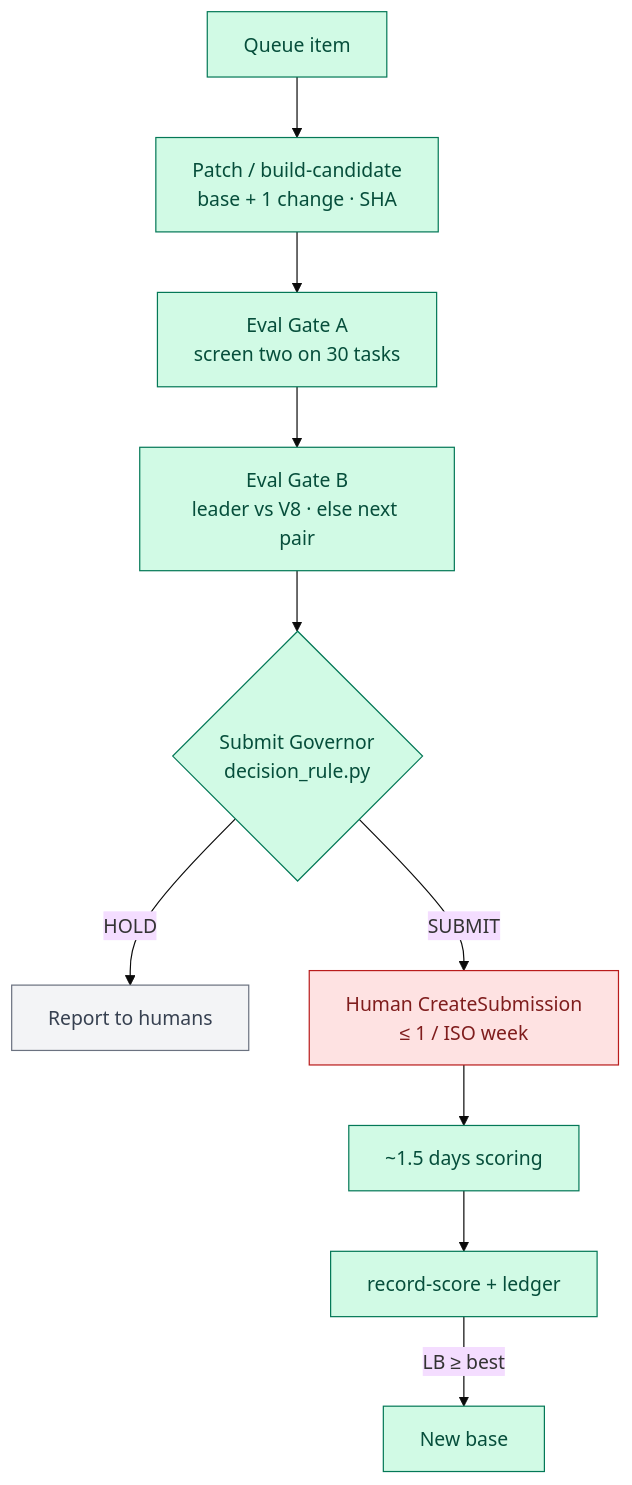
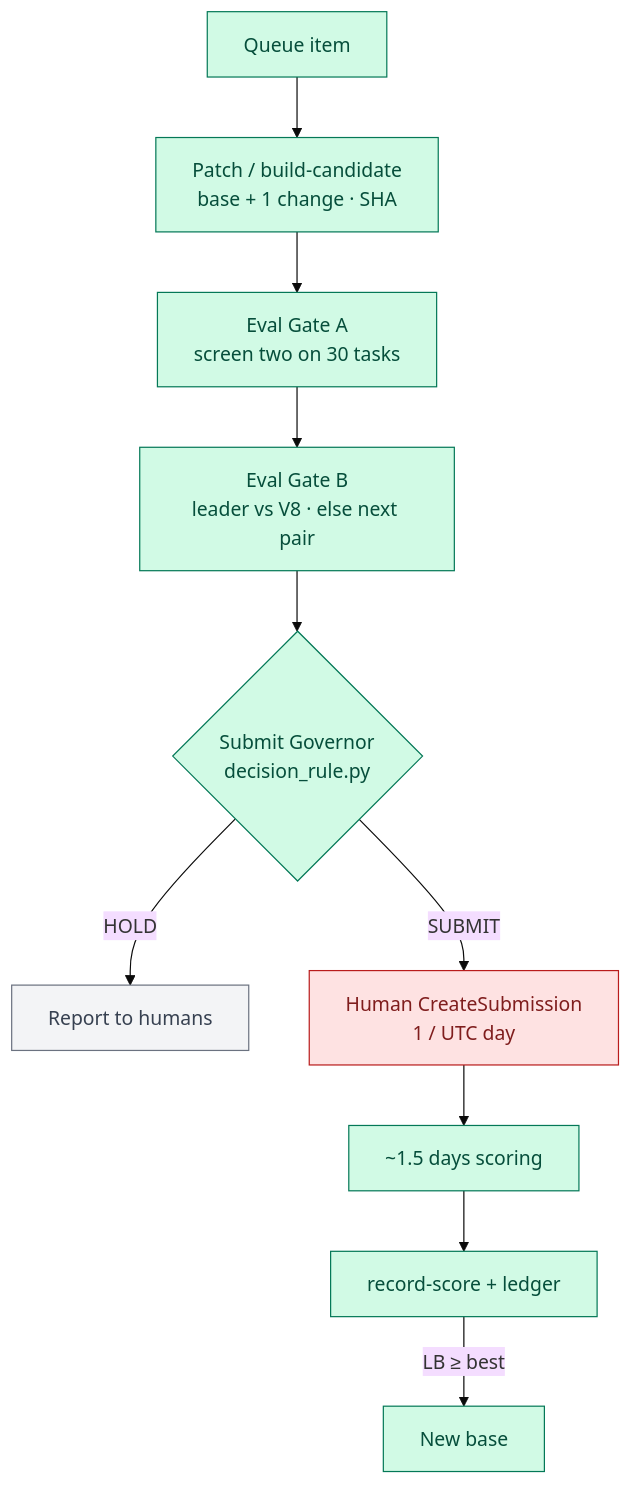
One commit to khaosans/noisegate-gemma4-factory changed the second of 11 diagrams in docs/wiki/Architecture.md. Above: the diagram before and after it, drawn with Mermaid (base theme). The commit also changed other lines of this file and 18 other files, not shown here.

````diff
--- a/docs/wiki/Architecture.md
+++ b/docs/wiki/Architecture.md
@@ -63,19 +63,19 @@
 ```mermaid
 flowchart TB
   Q[Queue item] --> BC[Patch / build-candidate<br/>base + 1 change · SHA]
   BC --> GA[Eval Gate A<br/>screen two on 30 tasks]
   GA --> GB[Eval Gate B<br/>leader vs V8 · else next pair]
   GB --> WD{Submit Governor<br/>decision_rule.py}
   WD -->|HOLD| RH[Report to humans]
-  WD -->|SUBMIT| CS[Human CreateSubmission<br/>≤ 1 / ISO week]
+  WD -->|SUBMIT| CS[Human CreateSubmission<br/>1 / UTC day]
   CS --> Wait[~1.5 days scoring]
   Wait --> RS[record-score + ledger]
   RS -->|LB ≥ best| NB[New base]
 
   classDef factory fill:#D1FAE5,stroke:#047857,color:#064E3B
   classDef hitl fill:#FEE2E2,stroke:#B91C1C,color:#7F1D1D
   classDef hold fill:#F3F4F6,stroke:#6B7280,color:#374151
   class Q,BC,GA,GB,WD,RS,NB,Wait factory
   class CS hitl
   class RH hold
 ```
````
